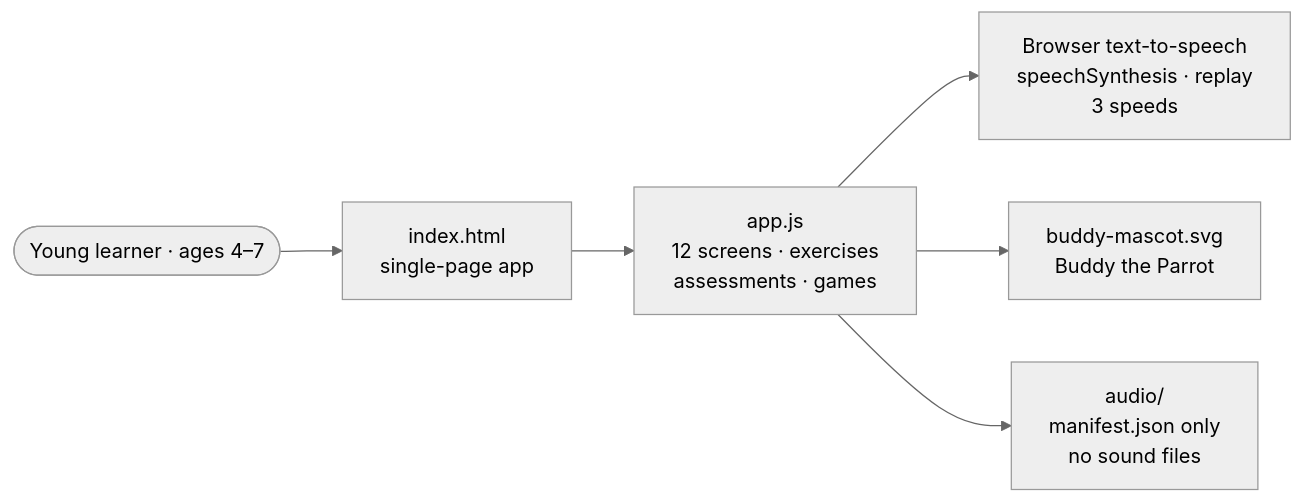
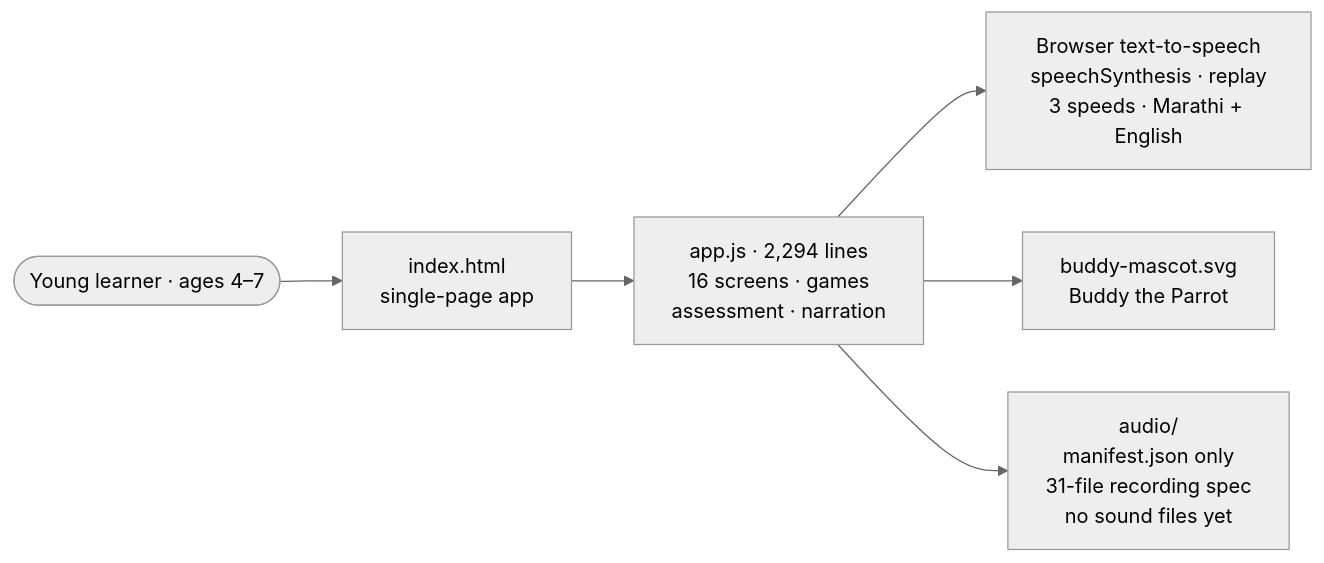
One commit to thiteswapnil1212-hue/English-learning-app changed the second of 2 diagrams in README.md. Above: the diagram before and after it, drawn with Mermaid (neutral theme). The commit also changed other lines of this file, not shown here.

Commit message:
Docs: detailed README — welcome screenshot, 16-screen lesson flow

````diff
--- a/README.md
+++ b/README.md
@@ -63,8 +105,8 @@
 ```mermaid
 flowchart LR
     Kid([Young learner · ages 4–7]) --> App["index.html<br/>single-page app"]
-    App --> Logic["app.js<br/>12 screens · exercises<br/>assessments · games"]
-    Logic --> TTS["Browser text-to-speech<br/>speechSynthesis · replay<br/>3 speeds"]
+    App --> Logic["app.js · 2,294 lines<br/>16 screens · games<br/>assessment · narration"]
+    Logic --> TTS["Browser text-to-speech<br/>speechSynthesis · replay<br/>3 speeds · Marathi + English"]
     Logic --> Mascot["buddy-mascot.svg<br/>Buddy the Parrot"]
-    Logic --> Audio["audio/<br/>manifest.json only<br/>no sound files"]
+    Logic --> Audio["audio/<br/>manifest.json only<br/>31-file recording spec<br/>no sound files yet"]
 ```
````
